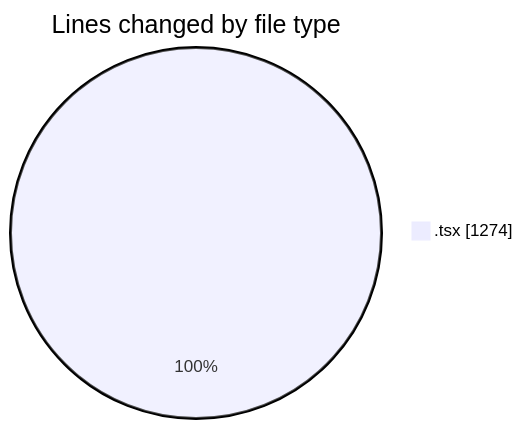
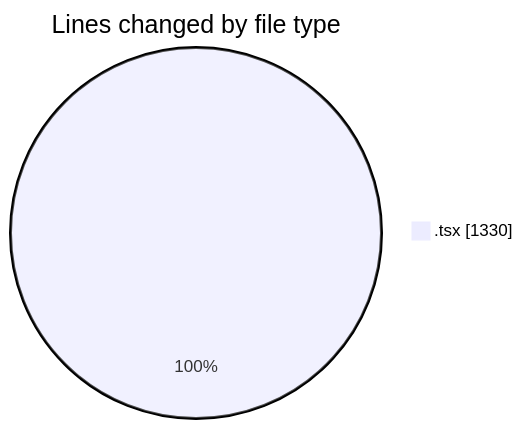
One commit to nxtqubesakshisongat/code-tracking changed the first of 2 diagrams in 2026-02-03/nxtqube_webapp/README.md. Above: the diagram before and after it, drawn with Mermaid. The commit also changed other lines of this file and 1 other file, not shown here.

````diff
--- a/2026-02-03/nxtqube_webapp/README.md
+++ b/2026-02-03/nxtqube_webapp/README.md
@@ -20,5 +20,5 @@
 ```mermaid
 pie showData
 title Lines changed by file type
-".tsx" : 1274
+".tsx" : 1330
 ```
````
